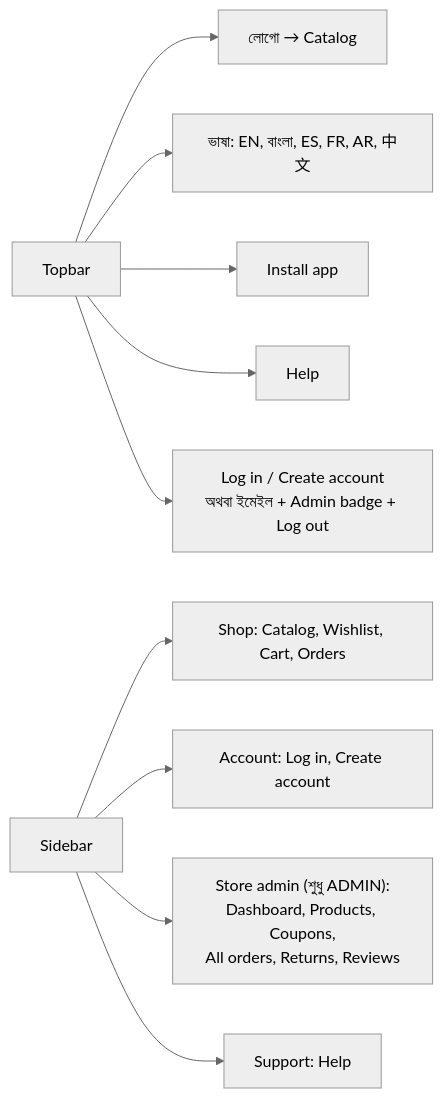
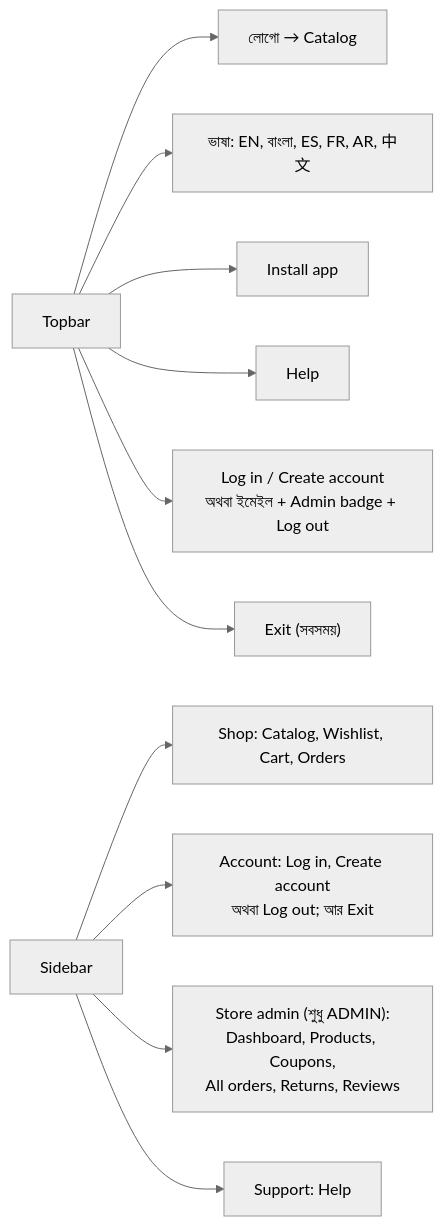
Before and after one commit to rbchy/RbcTcsWorld: the fourth of 12 diagrams in docs/HELP_BN.md, drawn with Mermaid (neutral theme). The commit also changed other lines of this file and 41 other files, not shown here.

First line of the commit message:
Product pictures and clear Log out / Exit buttons

````diff
--- a/docs/HELP_BN.md
+++ b/docs/HELP_BN.md
@@ -195,12 +195,13 @@
 ```mermaid
 flowchart LR
   T["Topbar"] --> T1["লোগো → Catalog"]
   T --> T2["ভাষা: EN, বাংলা, ES, FR, AR, 中文"]
   T --> T3["Install app"]
   T --> T4["Help"]
   T --> T5["Log in / Create account<br/>অথবা ইমেইল + Admin badge + Log out"]
+  T --> T6["Exit (সবসময়)"]
   S["Sidebar"] --> S1["Shop: Catalog, Wishlist, Cart, Orders"]
-  S --> S2["Account: Log in, Create account"]
+  S --> S2["Account: Log in, Create account<br/>অথবা Log out; আর Exit"]
   S --> S3["Store admin (শুধু ADMIN):<br/>Dashboard, Products, Coupons,<br/>All orders, Returns, Reviews"]
   S --> S4["Support: Help"]
 ```
````
